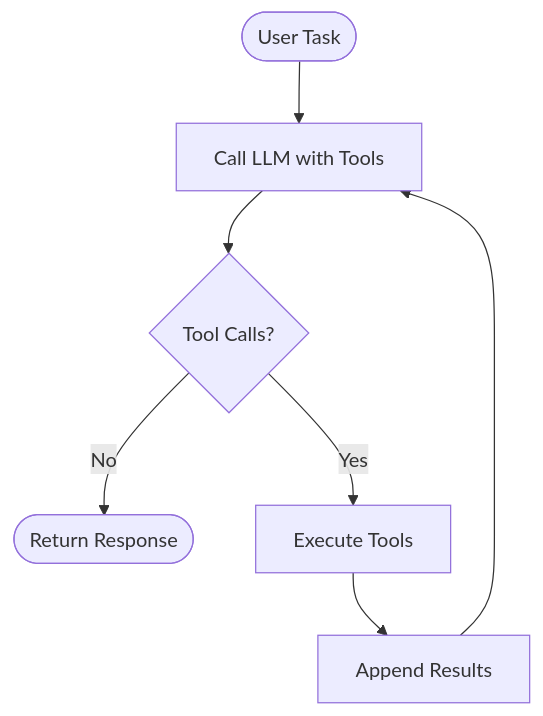
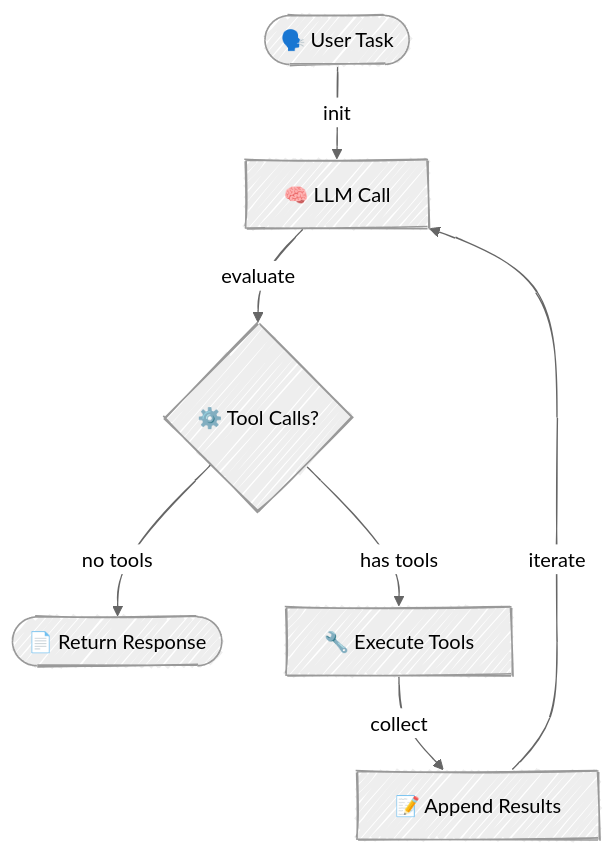
The diagram in 01-foundations/05-agent-loop/README.md (agenticloops-ai/agentic-ai-engineering), drawn with Mermaid before and after one commit. The commit also changed other lines of this file and 4 other files, not shown here.

Commit message:
refactor(foundations): improve diagrams

````diff
--- a/01-foundations/05-agent-loop/README.md
+++ b/01-foundations/05-agent-loop/README.md
@@ -35,9 +28,14 @@
 ```mermaid
+---
+config:
+  look: handDrawn
+  theme: neutral
+---
 flowchart TD
-    A([User Task]) --> B[Call LLM with Tools]
-    B --> C{Tool Calls?}
-    C -->|No| D([Return Response])
-    C -->|Yes| E[Execute Tools]
-    E --> F[Append Results]
-    F --> B
+    A(["🗣️ User Task        "]) -->|init| B["🧠 LLM Call      "]
+    B -->|evaluate| C{"⚙️ Tool Calls?     "}
+    C -->|"no tools"| D(["📄 Return Response  "])
+    C -->|"has tools"| E["🔧 Execute Tools    "]
+    E -->|collect| F["📝 Append Results   "]
+    F -->|iterate| B
 ```
````
